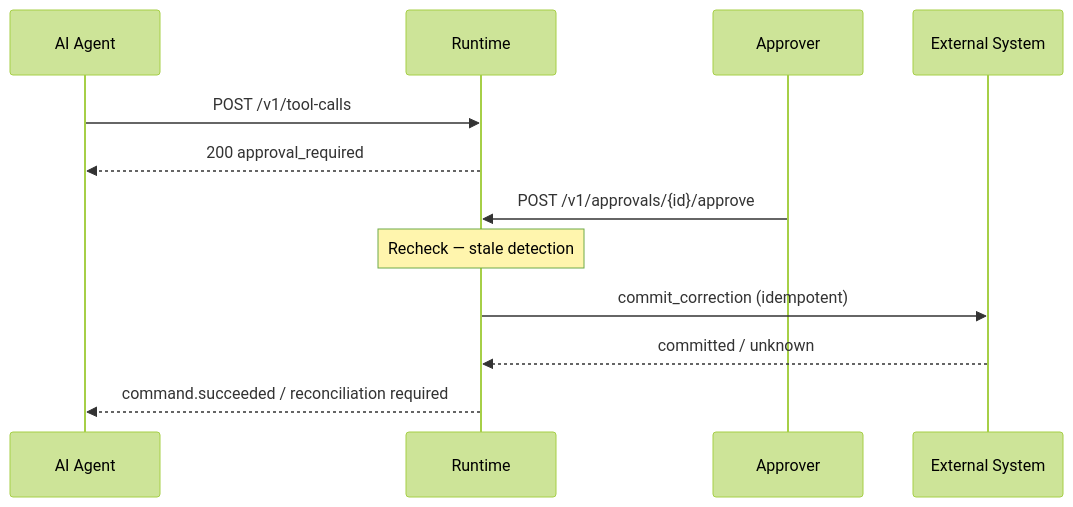
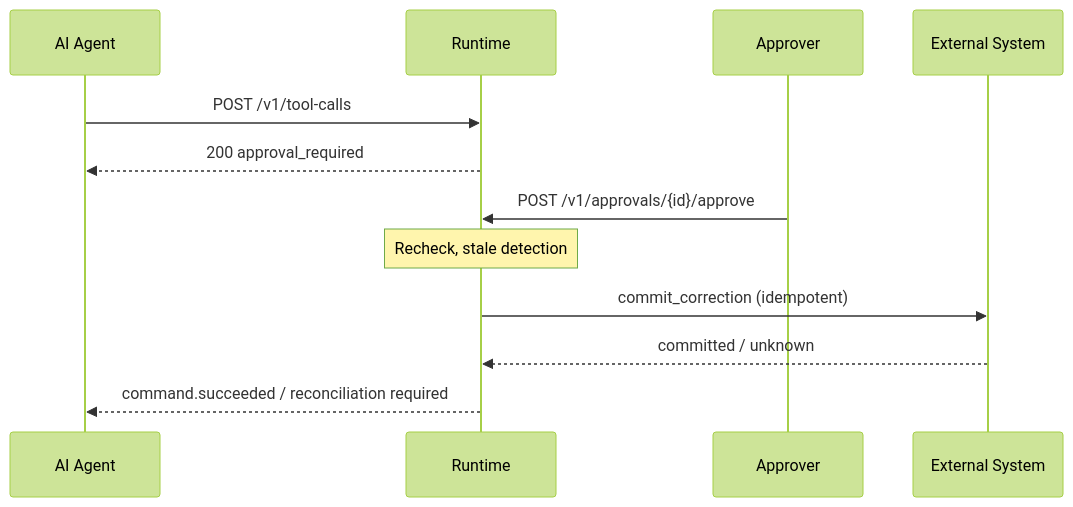
One commit to nenedesign/nenedesign changed the diagram in README.md. Above: the diagram before and after it, drawn with Mermaid (forest theme). The commit also changed other lines of this file, not shown here.

````diff
--- a/README.md
+++ b/README.md
@@ -19,15 +19,15 @@
 ```mermaid
 sequenceDiagram
     participant Model as AI Agent
     participant Runtime as Runtime
     participant Human as Approver
     participant Provider as External System
 
     Model->>Runtime: POST /v1/tool-calls
     Runtime-->>Model: 200 approval_required
     Human->>Runtime: POST /v1/approvals/{id}/approve
-    Note over Runtime: Recheck — stale detection
+    Note over Runtime: Recheck, stale detection
     Runtime->>Provider: commit_correction (idempotent)
     Provider-->>Runtime: committed / unknown
     Runtime-->>Model: command.succeeded / reconciliation required
 ```
````
